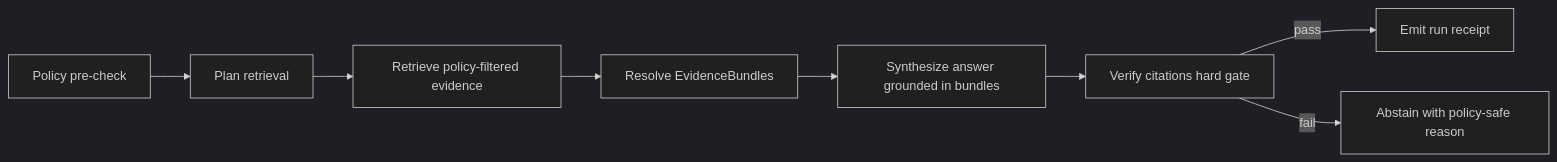
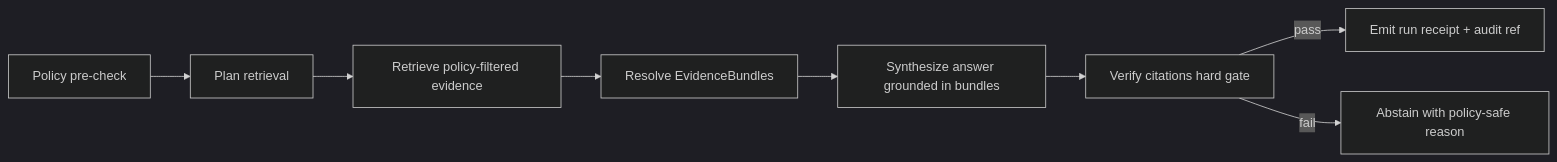
One commit to bartytime4life/Kansas-Frontier-Matrix changed the third of 3 diagrams in README.md. Above: the diagram before and after it, drawn with Mermaid (dark theme). The commit also changed other lines of this file, not shown here.

```diff
--- a/README.md
+++ b/README.md
@@ -662,10 +634,10 @@
 ~~~mermaid
 flowchart LR
   P[Policy pre-check] --> R[Plan retrieval]
   R --> Q[Retrieve policy-filtered evidence]
   Q --> B[Resolve EvidenceBundles]
   B --> S[Synthesize answer grounded in bundles]
   S --> V[Verify citations hard gate]
-  V -->|pass| E[Emit run receipt]
+  V -->|pass| E[Emit run receipt + audit ref]
   V -->|fail| A[Abstain with policy-safe reason]
 ~~~
```
